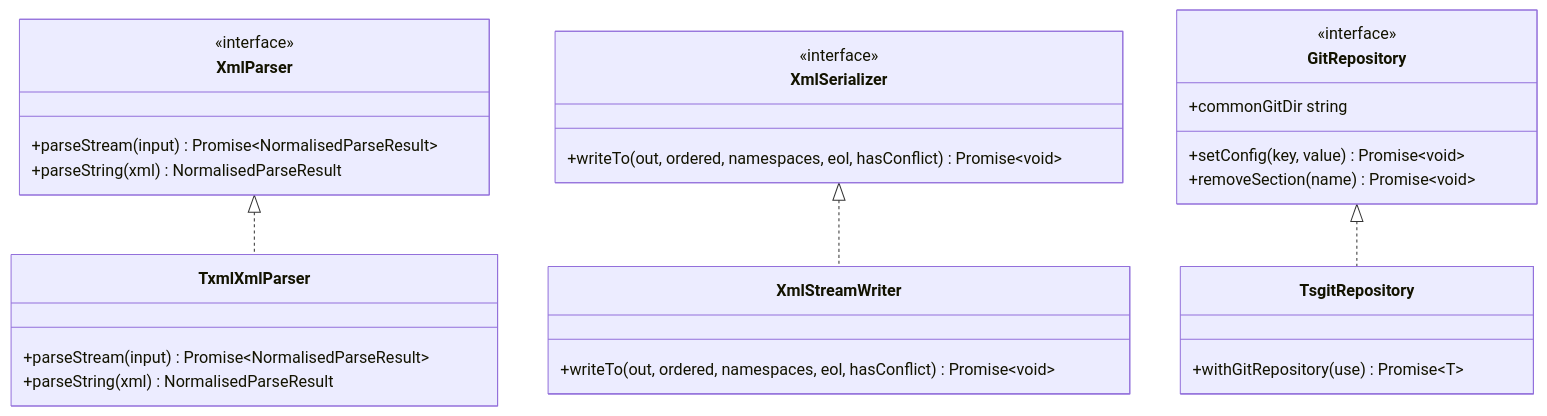
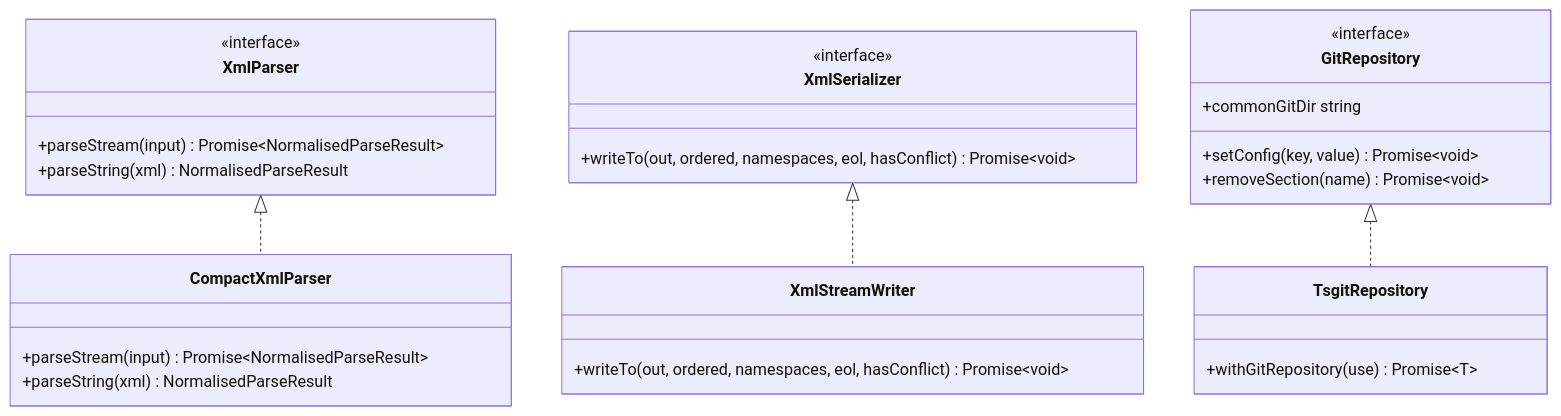
One commit to scolladon/sf-git-merge-driver changed the fourth of 8 diagrams in DESIGN.md. Above: the diagram before and after it, drawn with Mermaid. The commit also changed other lines of this file and 55 other files, not shown here.

Commit message:
perf(parser): replace txml with a single-pass scanner and cut merge allocations (#218)

````diff
--- a/DESIGN.md
+++ b/DESIGN.md
@@ -165,38 +165,38 @@
 ```mermaid
 classDiagram
     class XmlParser {
         <<interface>>
         +parseStream(input) Promise~NormalisedParseResult~
         +parseString(xml) NormalisedParseResult
     }
 
     class XmlSerializer {
         <<interface>>
         +writeTo(out, ordered, namespaces, eol, hasConflict) Promise~void~
     }
 
-    class TxmlXmlParser {
+    class CompactXmlParser {
         +parseStream(input) Promise~NormalisedParseResult~
         +parseString(xml) NormalisedParseResult
     }
 
     class XmlStreamWriter {
         +writeTo(out, ordered, namespaces, eol, hasConflict) Promise~void~
     }
 
-    XmlParser <|.. TxmlXmlParser
+    XmlParser <|.. CompactXmlParser
     XmlSerializer <|.. XmlStreamWriter
 
     class GitRepository {
         <<interface>>
         +commonGitDir string
         +setConfig(key, value) Promise~void~
         +removeSection(name) Promise~void~
     }
 
     class TsgitRepository {
         +withGitRepository(use) Promise~T~
     }
 
     GitRepository <|.. TsgitRepository
 ```
````
